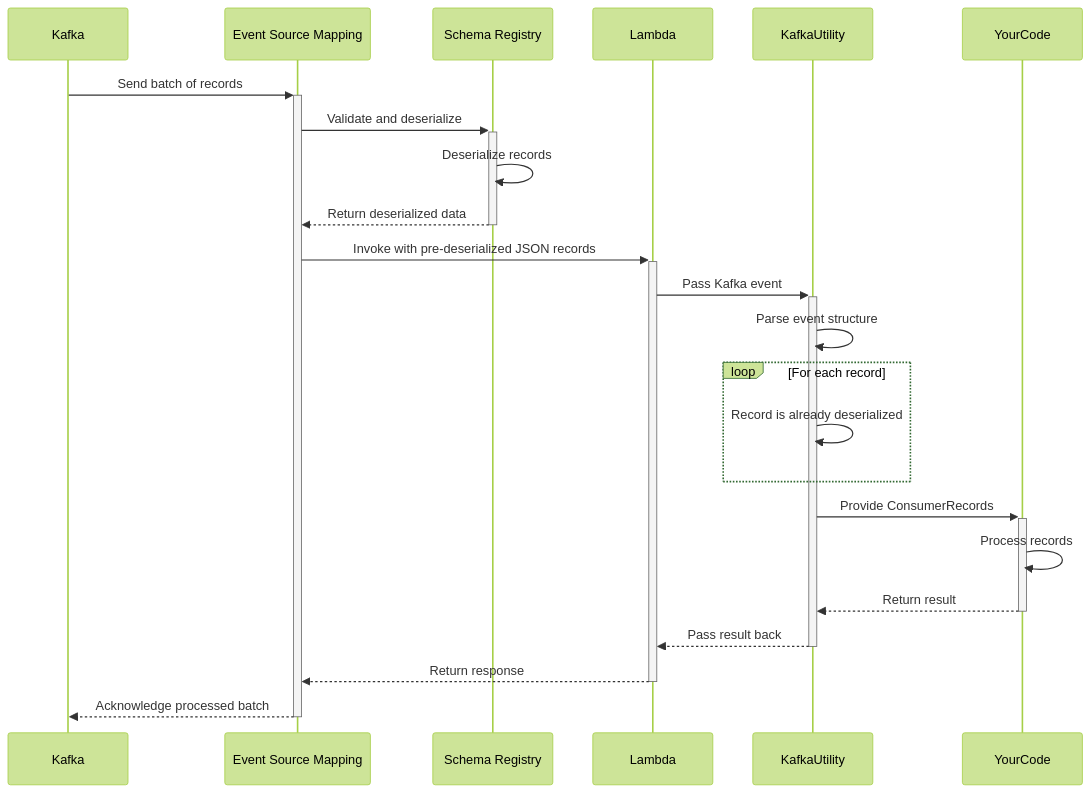
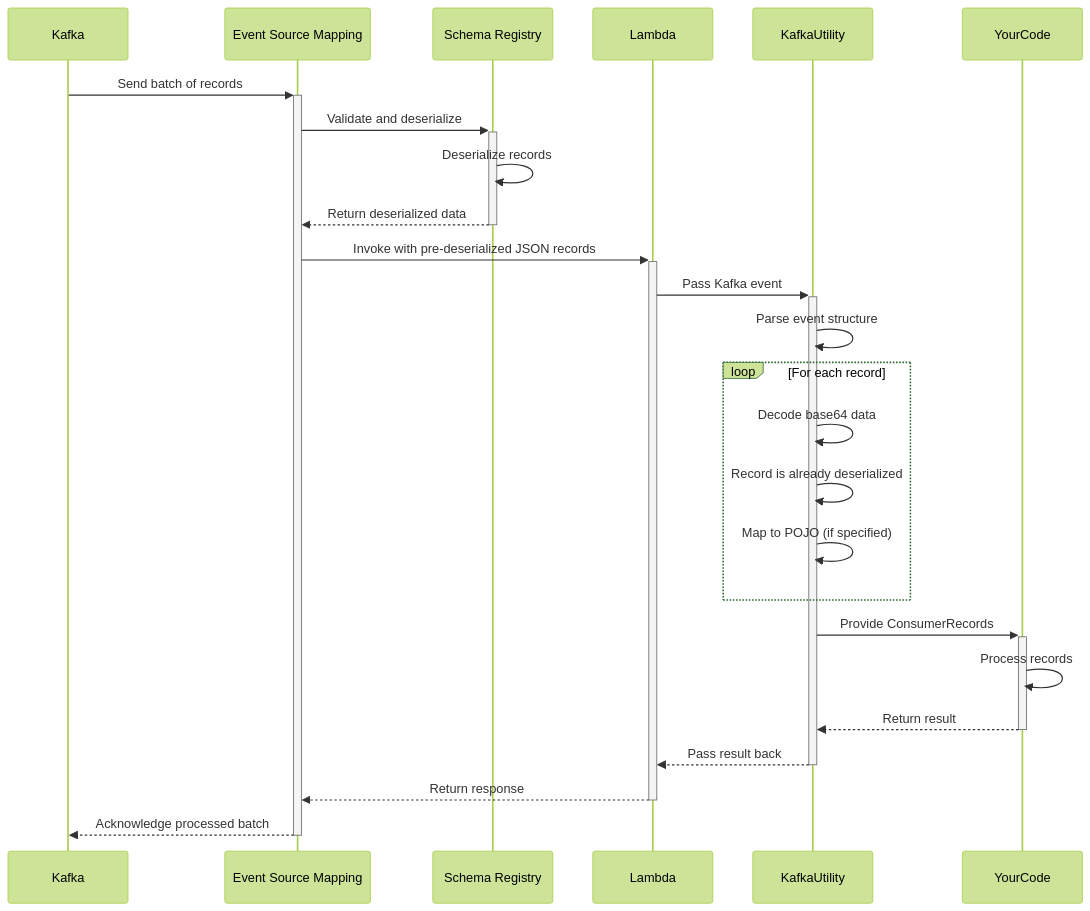
Before and after one commit to aws-powertools/powertools-lambda-java: the third of 4 diagrams in docs/utilities/kafka.md, drawn with Mermaid (forest theme). The commit also changed other lines of this file, not shown here.

Commit message:
Rename docs to Kafka Consumer and add line highlights for code examples.

````diff
--- a/docs/utilities/kafka.md
+++ b/docs/utilities/kafka.md
@@ -808,25 +808,27 @@
 ```mermaid
 sequenceDiagram
     participant Kafka
     participant ESM as Event Source Mapping
     participant SchemaRegistry as Schema Registry
     participant Lambda
     participant KafkaUtility
     participant YourCode
     Kafka->>+ESM: Send batch of records
     ESM->>+SchemaRegistry: Validate and deserialize
     SchemaRegistry->>SchemaRegistry: Deserialize records
     SchemaRegistry-->>-ESM: Return deserialized data
     ESM->>+Lambda: Invoke with pre-deserialized JSON records
     Lambda->>+KafkaUtility: Pass Kafka event
     KafkaUtility->>KafkaUtility: Parse event structure
     loop For each record
+        KafkaUtility->>KafkaUtility: Decode base64 data
         KafkaUtility->>KafkaUtility: Record is already deserialized
+        KafkaUtility->>KafkaUtility: Map to POJO (if specified)
     end
     KafkaUtility->>+YourCode: Provide ConsumerRecords
     YourCode->>YourCode: Process records
     YourCode-->>-KafkaUtility: Return result
     KafkaUtility-->>-Lambda: Pass result back
     Lambda-->>-ESM: Return response
     ESM-->>-Kafka: Acknowledge processed batch
 ```
````
